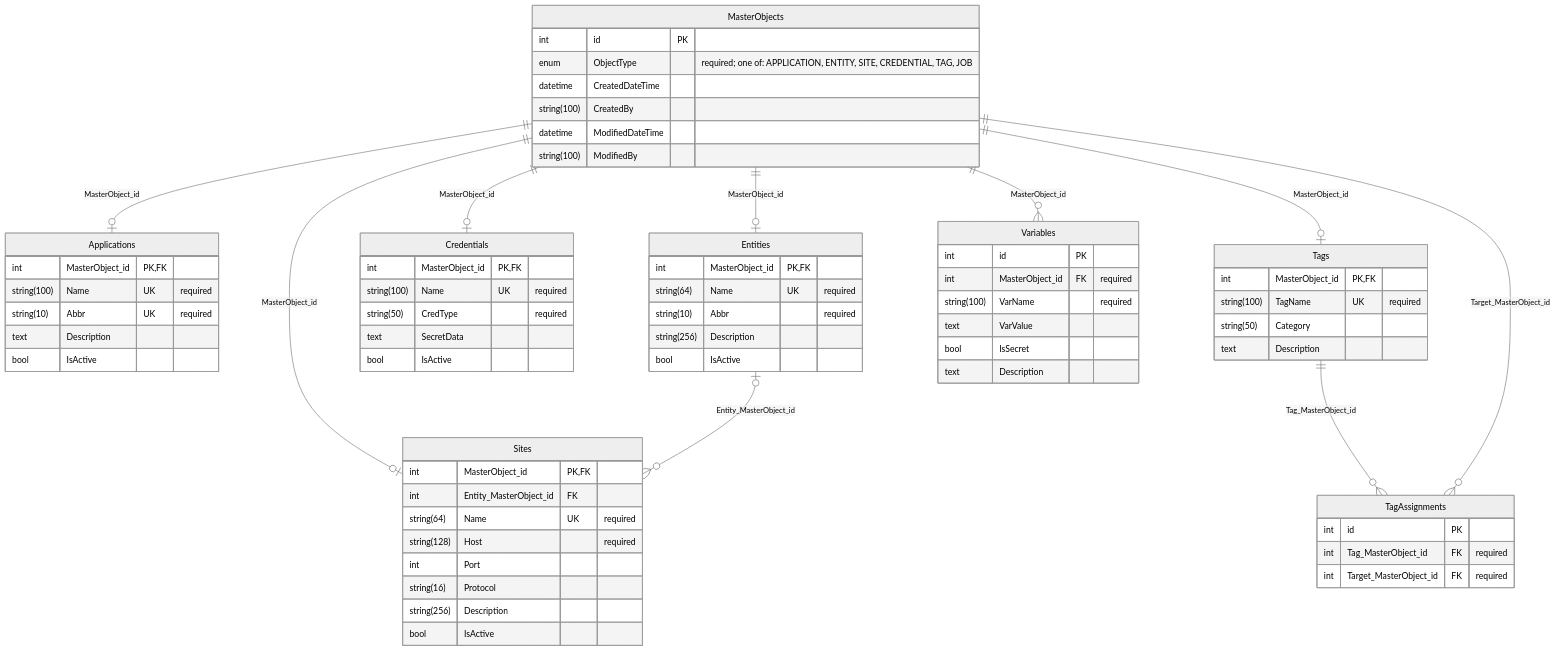
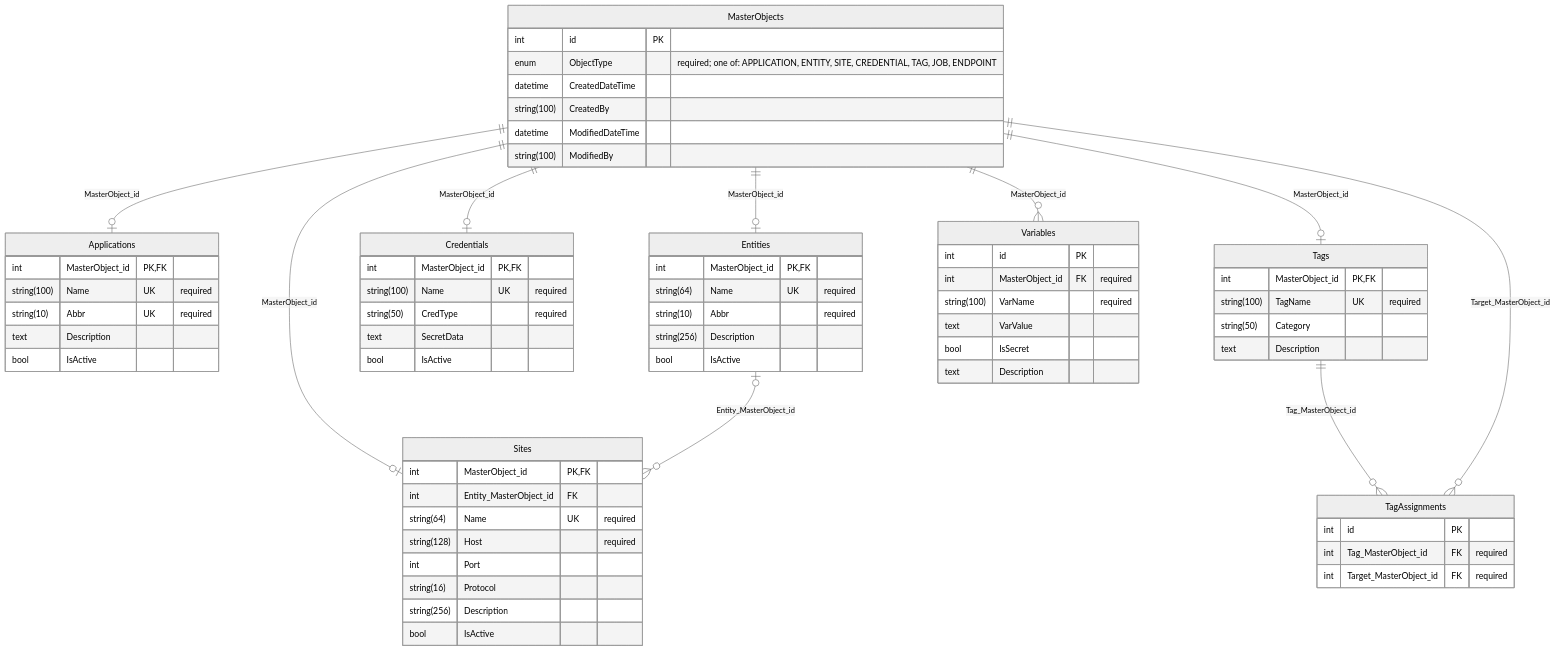
One commit to JayCBoal/AutomationApp changed the second of 4 diagrams in docs/DB_SCHEMA.md. Above: the diagram before and after it, drawn with Mermaid (neutral theme). The commit also changed other lines of this file and 11 other files, not shown here.

````diff
--- a/docs/DB_SCHEMA.md
+++ b/docs/DB_SCHEMA.md
@@ -45,70 +46,70 @@
 ```mermaid
 erDiagram
     MasterObjects {
         int id PK
-        enum ObjectType "required; one of: APPLICATION, ENTITY, SITE, CREDENTIAL, TAG, JOB"
+        enum ObjectType "required; one of: APPLICATION, ENTITY, SITE, CREDENTIAL, TAG, JOB, ENDPOINT"
         datetime CreatedDateTime
         string(100) CreatedBy
         datetime ModifiedDateTime
         string(100) ModifiedBy
     }
     Applications {
         int MasterObject_id PK, FK
         string(100) Name UK "required"
         string(10) Abbr UK "required"
         text Description
         bool IsActive
     }
     Entities {
         int MasterObject_id PK, FK
         string(64) Name UK "required"
         string(10) Abbr "required"
         string(256) Description
         bool IsActive
     }
     Sites {
         int MasterObject_id PK, FK
         int Entity_MasterObject_id FK
         string(64) Name UK "required"
         string(128) Host "required"
         int Port
         string(16) Protocol
         string(256) Description
         bool IsActive
     }
     Credentials {
         int MasterObject_id PK, FK
         string(100) Name UK "required"
         string(50) CredType "required"
         text SecretData
         bool IsActive
     }
     Tags {
         int MasterObject_id PK, FK
         string(100) TagName UK "required"
         string(50) Category
         text Description
     }
     Variables {
         int id PK
         int MasterObject_id FK "required"
         string(100) VarName "required"
         text VarValue
         bool IsSecret
         text Description
     }
     TagAssignments {
         int id PK
         int Tag_MasterObject_id FK "required"
         int Target_MasterObject_id FK "required"
     }
     MasterObjects ||--o| Applications : "MasterObject_id"
     MasterObjects ||--o| Credentials : "MasterObject_id"
     MasterObjects ||--o| Entities : "MasterObject_id"
     MasterObjects ||--o| Tags : "MasterObject_id"
     MasterObjects ||--o{ Variables : "MasterObject_id"
     MasterObjects ||--o| Sites : "MasterObject_id"
     Entities |o--o{ Sites : "Entity_MasterObject_id"
     Tags ||--o{ TagAssignments : "Tag_MasterObject_id"
     MasterObjects ||--o{ TagAssignments : "Target_MasterObject_id"
 ```
````
